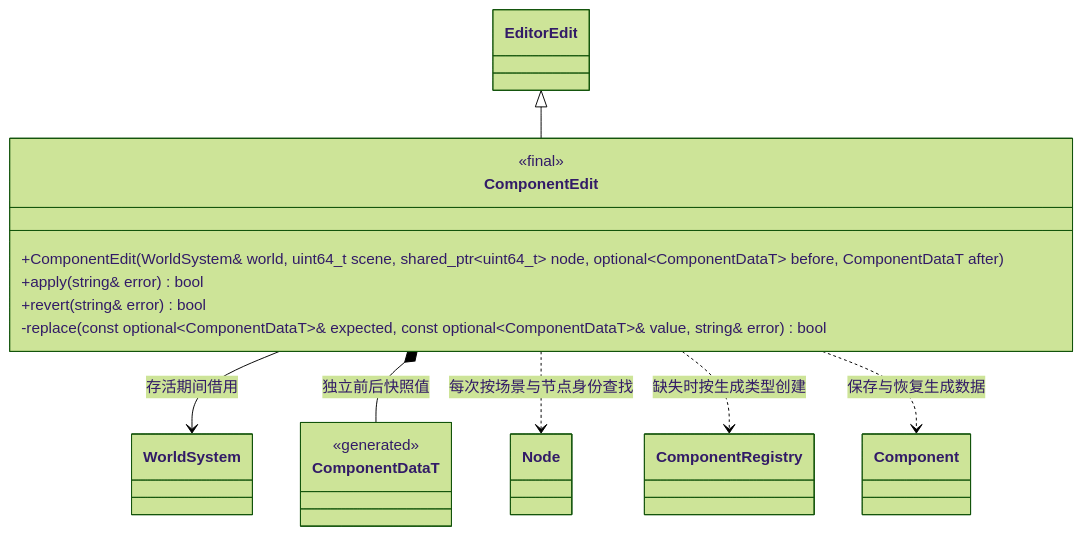
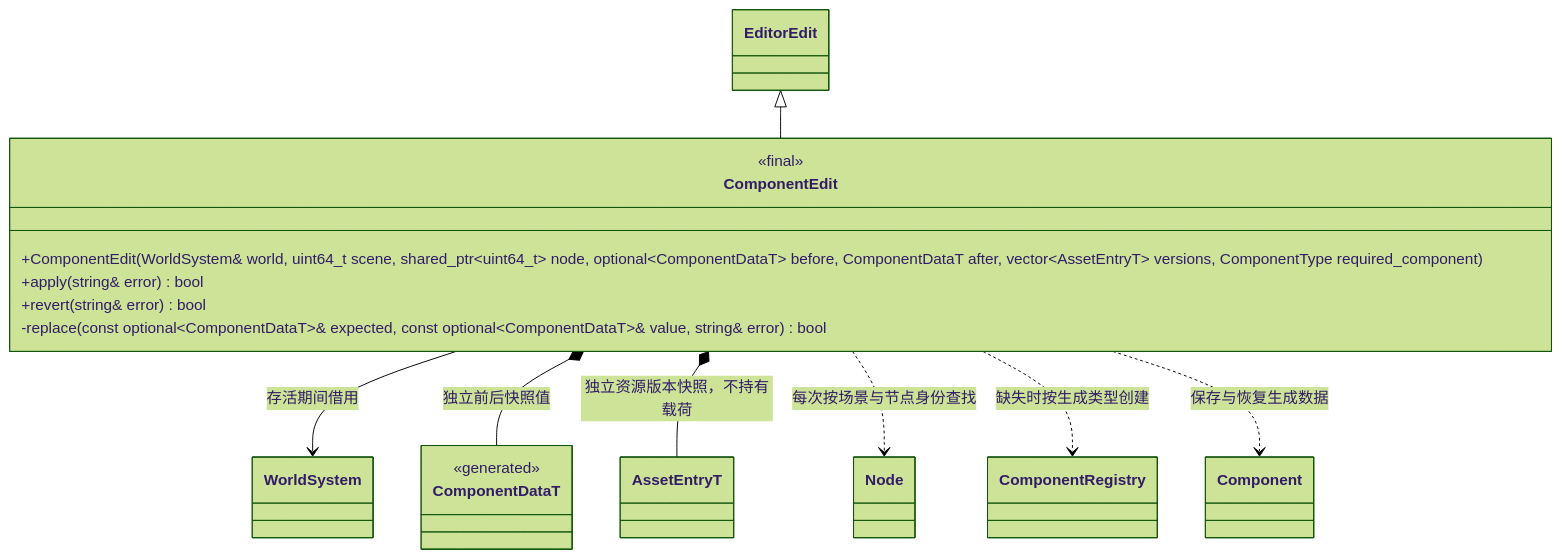
One commit to lcals/Engine changed the diagram in docs/editor/class-diagrams/component-commands.md. Above: the diagram before and after it, drawn with Mermaid (forest theme). The commit also changed other lines of this file and 195 other files, not shown here.

````diff
--- a/docs/editor/class-diagrams/component-commands.md
+++ b/docs/editor/class-diagrams/component-commands.md
@@ -7,24 +7,26 @@
 ```mermaid
 classDiagram
     class ComponentEdit {
         <<final>>
-        +ComponentEdit(WorldSystem& world, uint64_t scene, shared_ptr~uint64_t~ node, optional~ComponentDataT~ before, ComponentDataT after)
+        +ComponentEdit(WorldSystem& world, uint64_t scene, shared_ptr~uint64_t~ node, optional~ComponentDataT~ before, ComponentDataT after, vector~AssetEntryT~ versions, ComponentType required_component)
         +apply(string& error) bool
         +revert(string& error) bool
         -replace(const optional~ComponentDataT~& expected, const optional~ComponentDataT~& value, string& error) bool
     }
     class EditorEdit
     class WorldSystem
     class Node
     class Component
     class ComponentRegistry
+    class AssetEntryT
     class ComponentDataT {
         <<generated>>
     }
     EditorEdit <|-- ComponentEdit
     ComponentEdit --> WorldSystem : 存活期间借用
     ComponentEdit *-- ComponentDataT : 独立前后快照值
+    ComponentEdit *-- AssetEntryT : 独立资源版本快照，不持有载荷
     ComponentEdit ..> Node : 每次按场景与节点身份查找
     ComponentEdit ..> ComponentRegistry : 缺失时按生成类型创建
     ComponentEdit ..> Component : 保存与恢复生成数据
 ```
````
